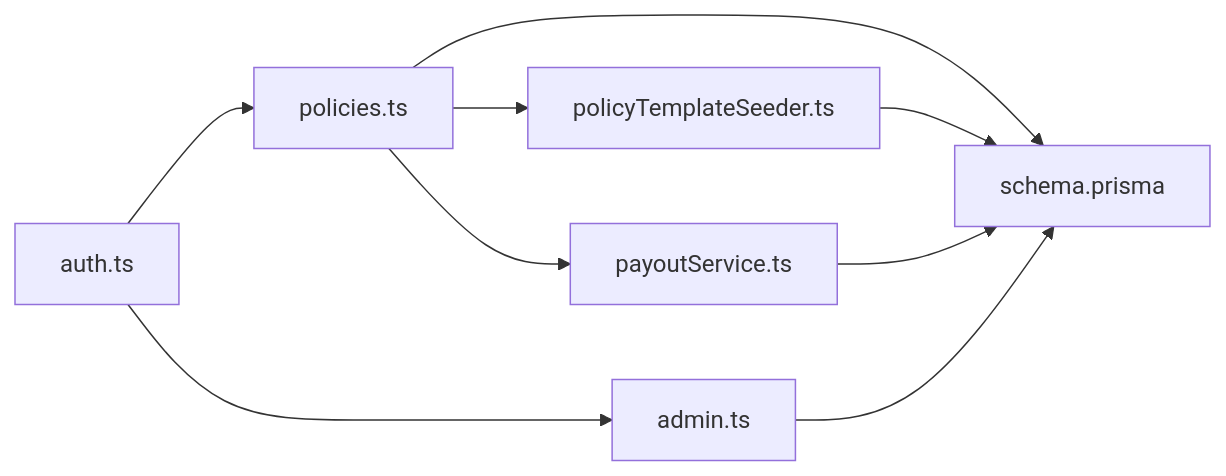
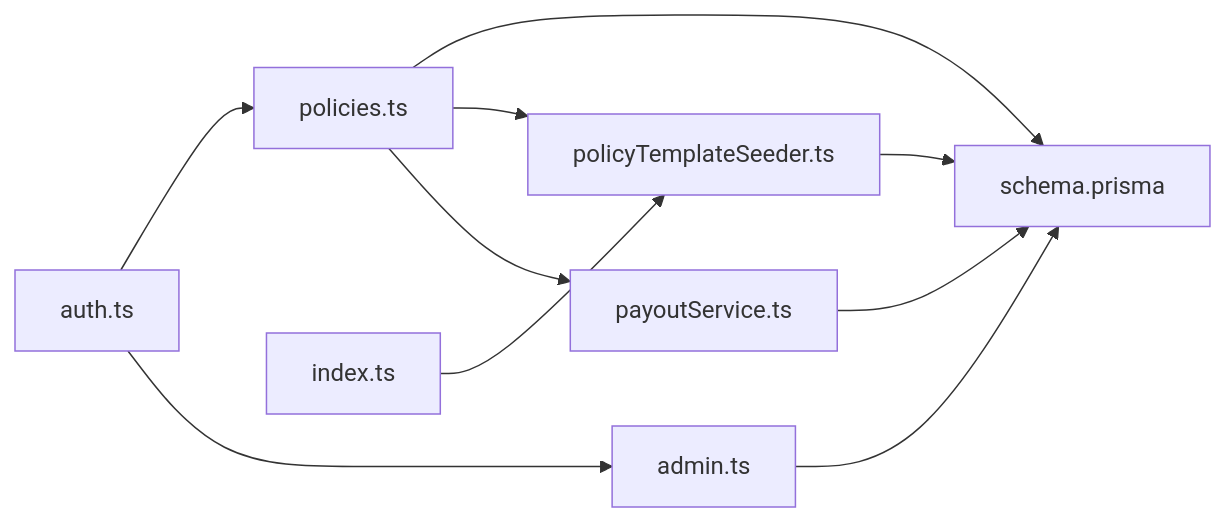
The seventh of 8 diagrams in .qoder/repowiki/en/content/Business Logic Layer/Policy Management System.md (NaveenHiranya/Smart-Vehicle-Insurance-Claim-System), drawn with Mermaid before and after one commit. The commit also changed other lines of this file and 33 other files, not shown here.

````diff
--- a/.qoder/repowiki/en/content/Business Logic Layer/Policy Management System.md
+++ b/.qoder/repowiki/en/content/Business Logic Layer/Policy Management System.md
@@ -351,11 +363,12 @@
 ```mermaid
 graph LR
 Auth["auth.ts"] --> Pol["policies.ts"]
 Auth --> Admin["admin.ts"]
 Pol --> DB["schema.prisma"]
 Admin --> DB
 Pol --> Template["policyTemplateSeeder.ts"]
 Template --> DB
 Pol --> Payout["payoutService.ts"]
 Payout --> DB
+Index["index.ts"] --> Template
 ```
````
